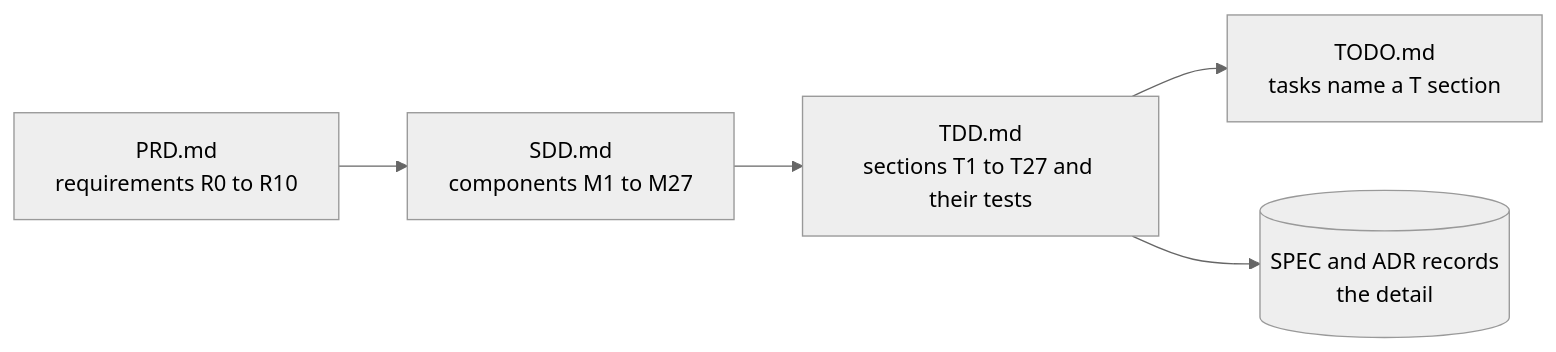
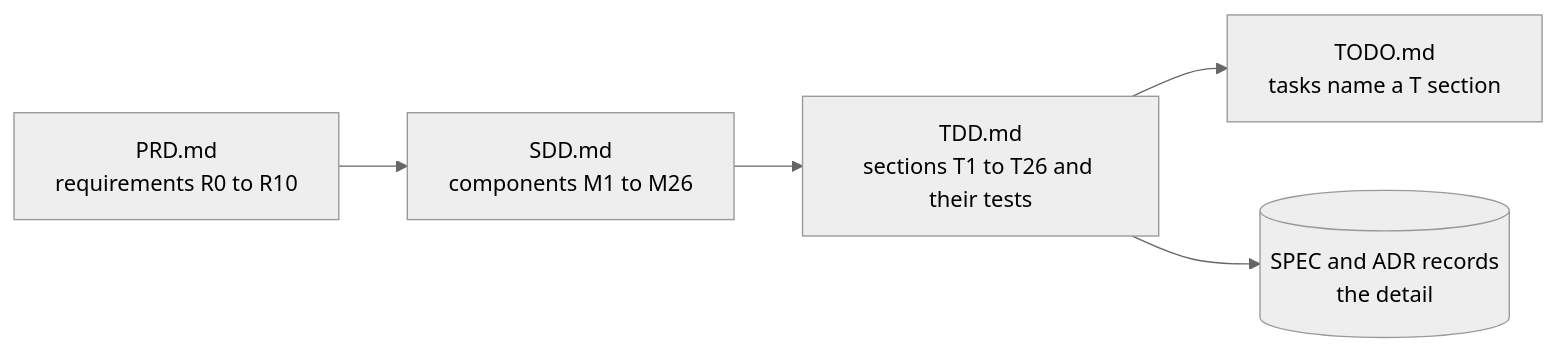
Before and after one commit to kesokaj/fyr: the fourth of 4 diagrams in README.md, drawn with Mermaid (neutral theme). The commit also changed other lines of this file and 38 other files, not shown here.

````diff
--- a/README.md
+++ b/README.md
@@ -391,7 +390,7 @@
 ```mermaid
 flowchart LR
-  prd["PRD.md\nrequirements R0 to R10"] --> sdd["SDD.md\ncomponents M1 to M27"]
-  sdd --> tdd["TDD.md\nsections T1 to T27 and their tests"]
+  prd["PRD.md\nrequirements R0 to R10"] --> sdd["SDD.md\ncomponents M1 to M26"]
+  sdd --> tdd["TDD.md\nsections T1 to T26 and their tests"]
   tdd --> todo["TODO.md\ntasks name a T section"]
   tdd --> records[("SPEC and ADR records\nthe detail")]
 ```
````
